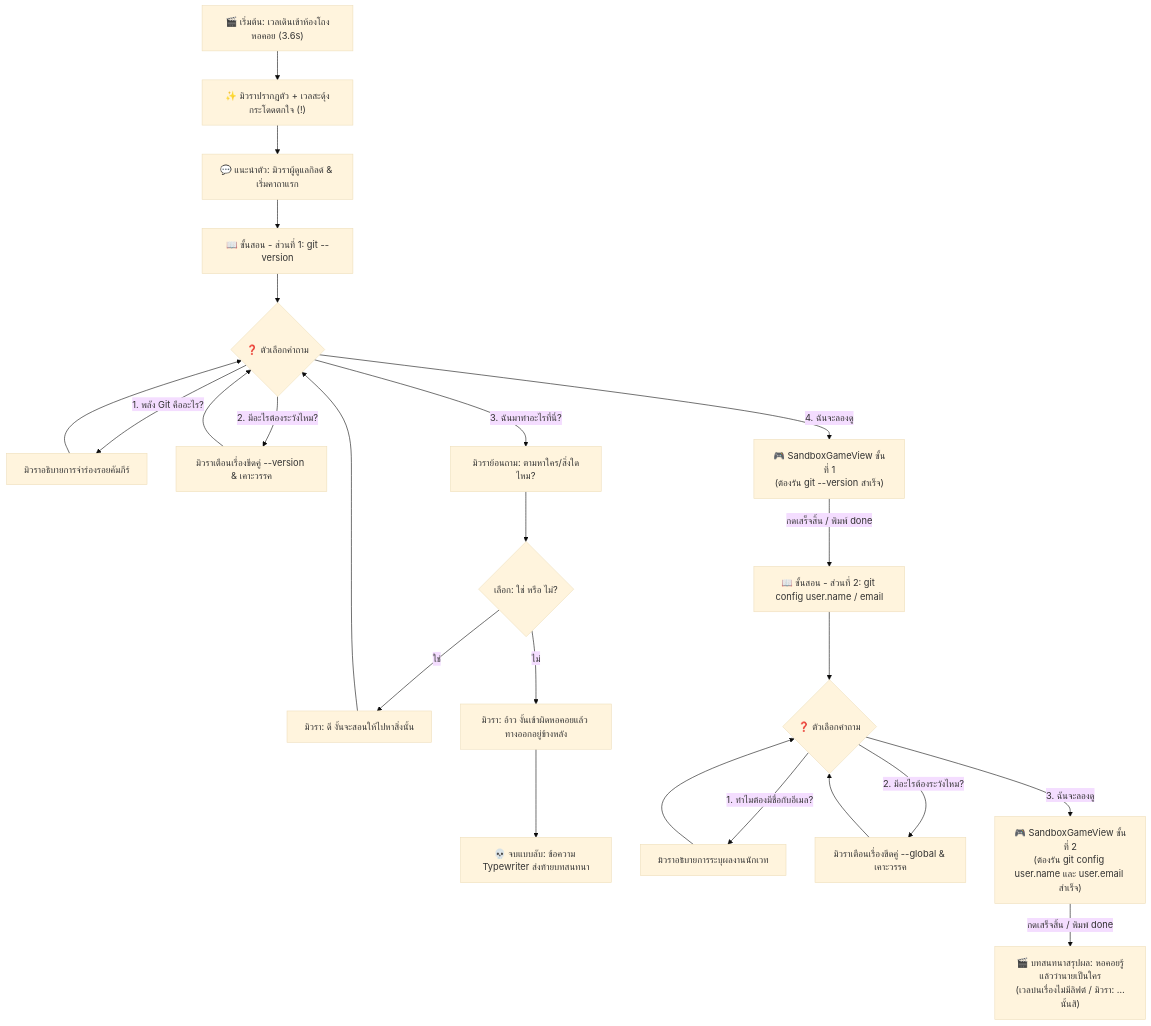
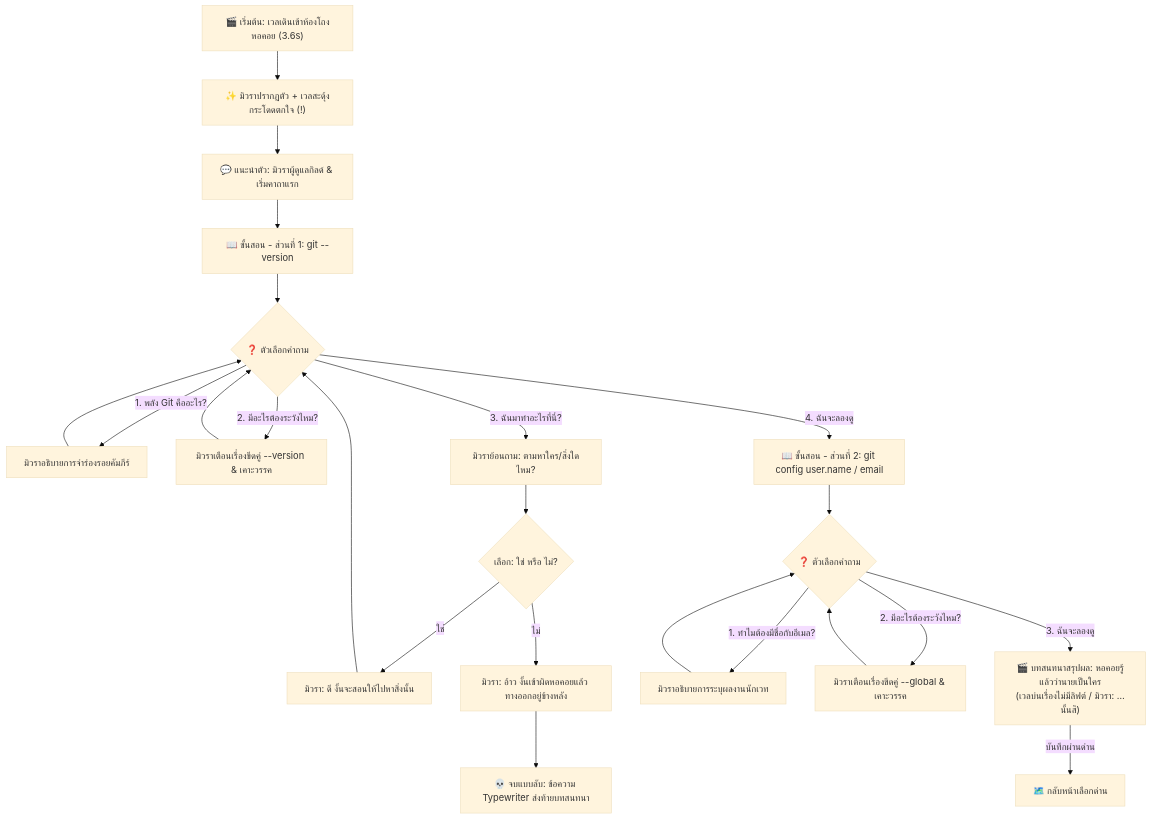
The first of 2 diagrams in docs/inside-tower-cutscene.md (PetchAuisui/Demo-Game-Git-Diwaa), drawn with Mermaid (base theme) before and after one commit. The commit also changed other lines of this file and 7 other files, not shown here.

First line of the commit message:
feat(start): เพิ่มปุ่ม GIT SANDBOX หน้าแรก และให้ด่าน 1 เล่นบทสนทนาจนจบแล้วกลับหน้าเลือกด่าน

````diff
--- a/docs/inside-tower-cutscene.md
+++ b/docs/inside-tower-cutscene.md
@@ -9,25 +9,24 @@
 ```mermaid
 flowchart TD
     Start["🎬 เริ่มต้น: เวลเดินเข้าห้องโถงหอคอย (3.6s)"] --> MewlaWarp["✨ มิวราปรากฏตัว + เวลสะดุ้งกระโดดตกใจ (!)"]
     MewlaWarp --> IntroTalk["💬 แนะนำตัว: มิวราผู้ดูแลกิลด์ & เริ่มคาถาแรก"]
     
     IntroTalk --> Teach1["📖 ขั้นสอน - ส่วนที่ 1: git --version"]
     Teach1 --> Choice1{"❓ ตัวเลือกคำถาม"}
     
     Choice1 -->|"1. พลัง Git คืออะไร?"| Ans1_1["มิวราอธิบายการจำร่องรอยคัมภีร์"] --> Choice1
     Choice1 -->|"2. มีอะไรต้องระวังไหม?"| Ans1_2["มิวราเตือนเรื่องขีดคู่ --version & เคาะวรรค"] --> Choice1
     Choice1 -->|"3. ฉันมาทำอะไรที่นี่?"| Ans1_3["มิวราย้อนถาม: ตามหาใคร/สิ่งใดไหม?"]
     Ans1_3 --> SubChoice{"เลือก: ใช่ หรือ ไม่?"}
     SubChoice -->|"ใช่"| AnsSubYes["มิวรา: ดี งั้นจะสอนให้ไปหาสิ่งนั้น"] --> Choice1
     SubChoice -->|"ไม่"| AnsSubNo["มิวรา: อ้าว งั้นเข้าผิดหอคอยแล้ว ทางออกอยู่ข้างหลัง"] --> BadEnd["💀 จบแบบลับ: ข้อความ Typewriter ส่งท้ายบทสนทนา"]
     
-    Choice1 -->|"4. ฉันจะลองดู"| PlayStep1["🎮 SandboxGameView ขั้นที่ 1\n(ต้องรัน git --version สำเร็จ)"]
-    PlayStep1 -->|"กดเสร็จสิ้น / พิมพ์ done"| Teach2["📖 ขั้นสอน - ส่วนที่ 2: git config user.name / email"]
+    Choice1 -->|"4. ฉันจะลองดู"| Teach2["📖 ขั้นสอน - ส่วนที่ 2: git config user.name / email"]
     
     Teach2 --> Choice2{"❓ ตัวเลือกคำถาม"}
     
     Choice2 -->|"1. ทำไมต้องมีชื่อกับอีเมล?"| Ans2_1["มิวราอธิบายการระบุผลงานนักเวท"] --> Choice2
     Choice2 -->|"2. มีอะไรต้องระวังไหม?"| Ans2_2["มิวราเตือนเรื่องขีดคู่ --global & เคาะวรรค"] --> Choice2
-    Choice2 -->|"3. ฉันจะลองดู"| PlayStep2["🎮 SandboxGameView ขั้นที่ 2\n(ต้องรัน git config user.name และ user.email สำเร็จ)"]
-    PlayStep2 -->|"กดเสร็จสิ้น / พิมพ์ done"| Outro["🎬 บทสนทนาสรุปผล: หอคอยรู้แล้วว่านายเป็นใคร\n(เวลบ่นเรื่องไม่มีลิฟต์ / มิวรา: …นั้นสิ)"]
+    Choice2 -->|"3. ฉันจะลองดู"| Outro["🎬 บทสนทนาสรุปผล: หอคอยรู้แล้วว่านายเป็นใคร\n(เวลบ่นเรื่องไม่มีลิฟต์ / มิวรา: …นั้นสิ)"]
+    Outro -->|"บันทึกผ่านด่าน"| LevelSelect["🗺️ กลับหน้าเลือกด่าน"]
 ```
````
